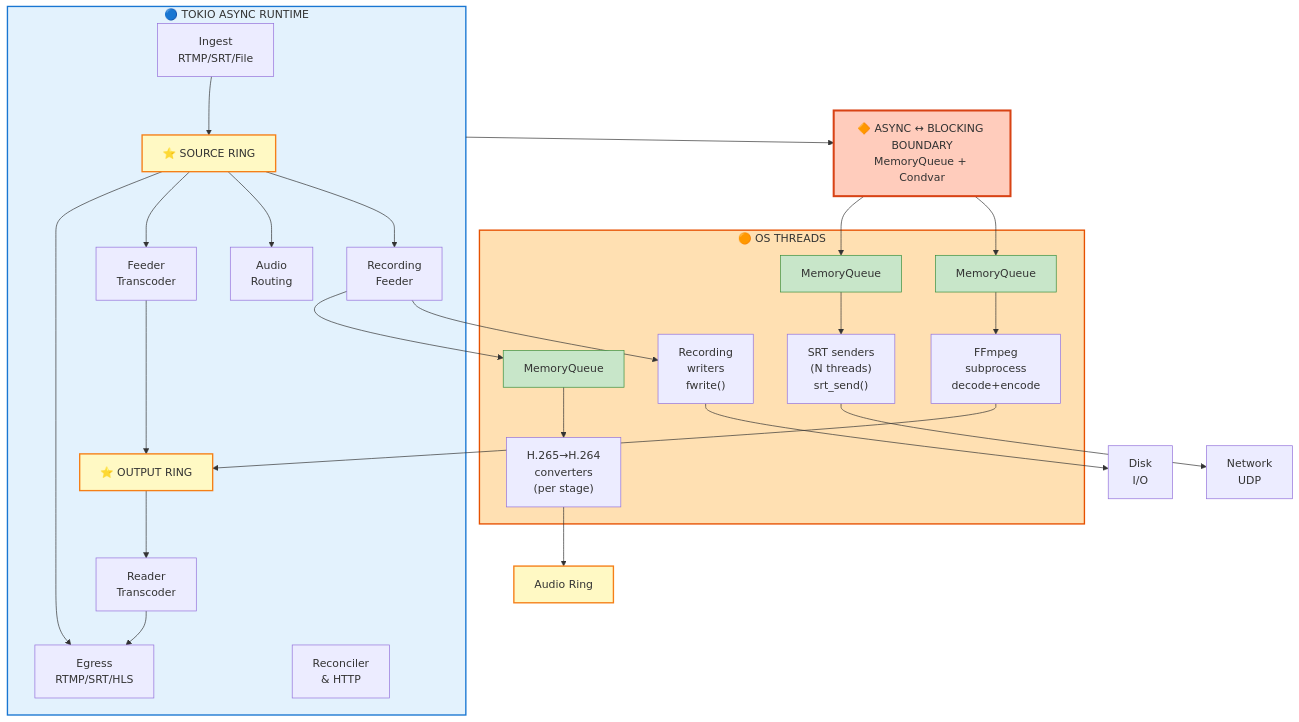
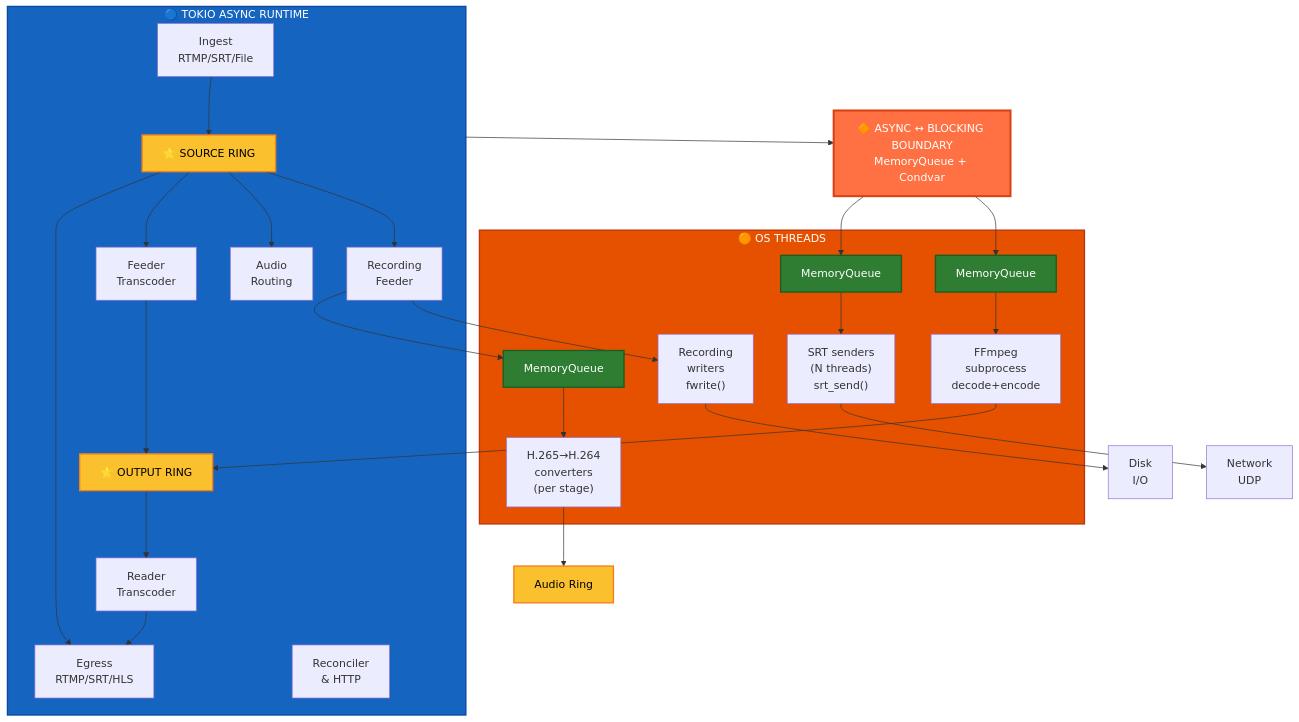
One commit to live-miracles/restream changed the second of 3 diagrams in docs/run-to-completion-analysis.md. Above: the diagram before and after it, drawn with Mermaid. The commit also changed other lines of this file, not shown here.

First line of the commit message:
Improve Mermaid diagram colors for better contrast and readability

````diff
--- a/docs/run-to-completion-analysis.md
+++ b/docs/run-to-completion-analysis.md
@@ -69,65 +69,65 @@
 ```mermaid
 graph TB
     subgraph Tokio ["🔵 TOKIO ASYNC RUNTIME"]
         Ingest["Ingest<br/>RTMP/SRT/File"]
         Egress["Egress<br/>RTMP/SRT/HLS"]
         Feeder["Feeder<br/>Transcoder"]
         Reader["Reader<br/>Transcoder"]
         Audio["Audio<br/>Routing"]
         Record_Feeder["Recording<br/>Feeder"]
         Recon["Reconciler<br/>& HTTP"]
         
         Ring1["⭐ SOURCE RING"]
         Ring2["⭐ OUTPUT RING"]
         
         Ingest --> Ring1
         Ring1 --> Egress
         Ring1 --> Feeder
         Feeder --> Ring2
         Ring2 --> Reader
         Reader --> Egress
         Ring1 --> Audio
         Ring1 --> Record_Feeder
     end
     
     Boundary["🔶 ASYNC ↔ BLOCKING BOUNDARY<br/>MemoryQueue + Condvar"]
     
     Tokio --> Boundary
     
     subgraph OS ["🟠 OS THREADS"]
         SRT_SEND["SRT senders<br/>(N threads)<br/>srt_send()"]
         FFmpeg["FFmpeg<br/>subprocess<br/>decode+encode"]
         Codec["H.265→H.264<br/>converters<br/>(per stage)"]
         REC_WRITE["Recording<br/>writers<br/>fwrite()"]
         
         Queue1["MemoryQueue"]
         Queue2["MemoryQueue"]
         Queue3["MemoryQueue"]
         
         Queue1 --> SRT_SEND
         Queue2 --> FFmpeg
         Queue3 --> Codec
         Record_Feeder --> Queue3
     end
     
     Boundary --> Queue1
     Boundary --> Queue2
     
     SRT_SEND --> NET["Network<br/>UDP"]
     FFmpeg --> Ring2
     Codec --> Ring_Audio["Audio Ring"]
     REC_WRITE --> DISK["Disk<br/>I/O"]
     Record_Feeder --> REC_WRITE
     
-    classDef tokio fill:#e3f2fd,stroke:#1976d2,stroke-width:2px,color:#333
-    classDef os fill:#ffe0b2,stroke:#e65100,stroke-width:2px,color:#333
-    classDef boundary fill:#ffccbc,stroke:#d84315,stroke-width:3px,color:#333
-    classDef ring fill:#fff9c4,stroke:#f57f17,stroke-width:2px,color:#333
-    classDef queue fill:#c8e6c9,stroke:#388e3c,color:#333
+    classDef tokio fill:#1565c0,stroke:#0d47a1,stroke-width:2px,color:#fff
+    classDef os fill:#e65100,stroke:#bf360c,stroke-width:2px,color:#fff
+    classDef boundary fill:#ff7043,stroke:#d84315,stroke-width:3px,color:#fff
+    classDef ring fill:#fbc02d,stroke:#f57f17,stroke-width:2px,color:#000
+    classDef queue fill:#2e7d32,stroke:#1b5e20,stroke-width:2px,color:#fff
     
     class Tokio tokio
     class OS os
     class Boundary boundary
     class Ring1,Ring2,Ring_Audio ring
     class Queue1,Queue2,Queue3 queue
 ```
````
